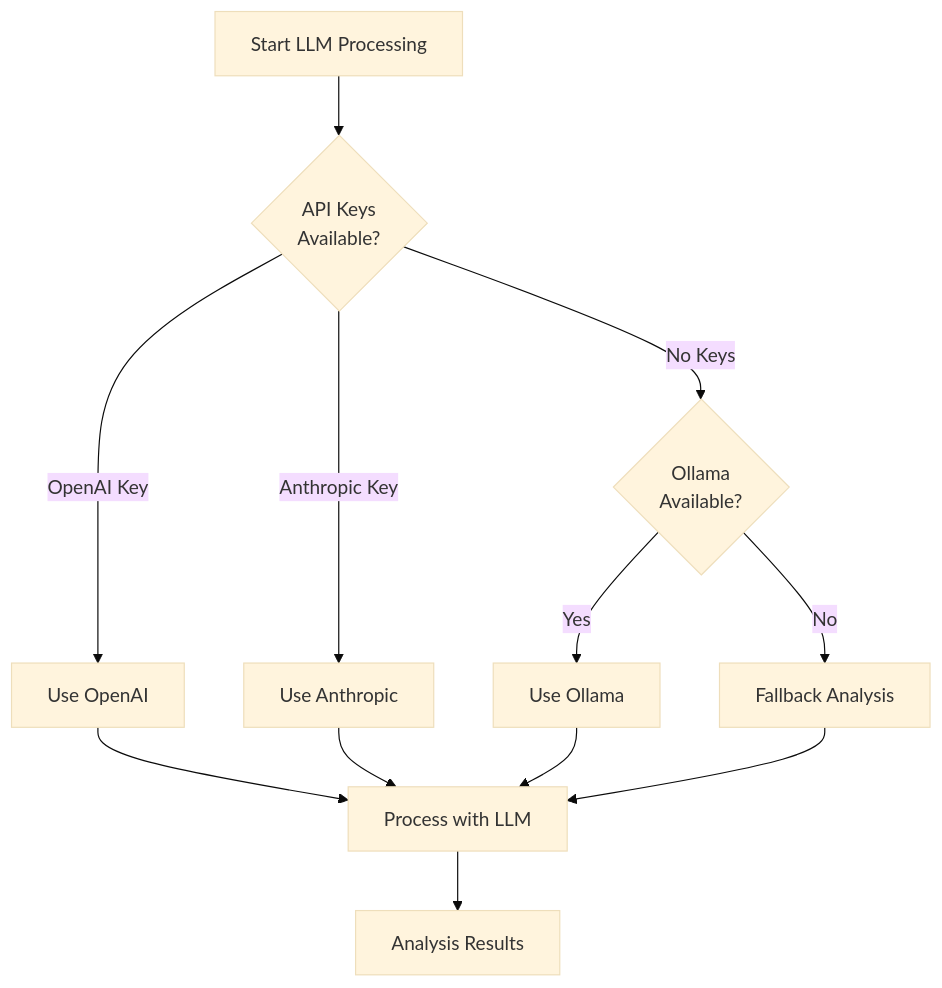
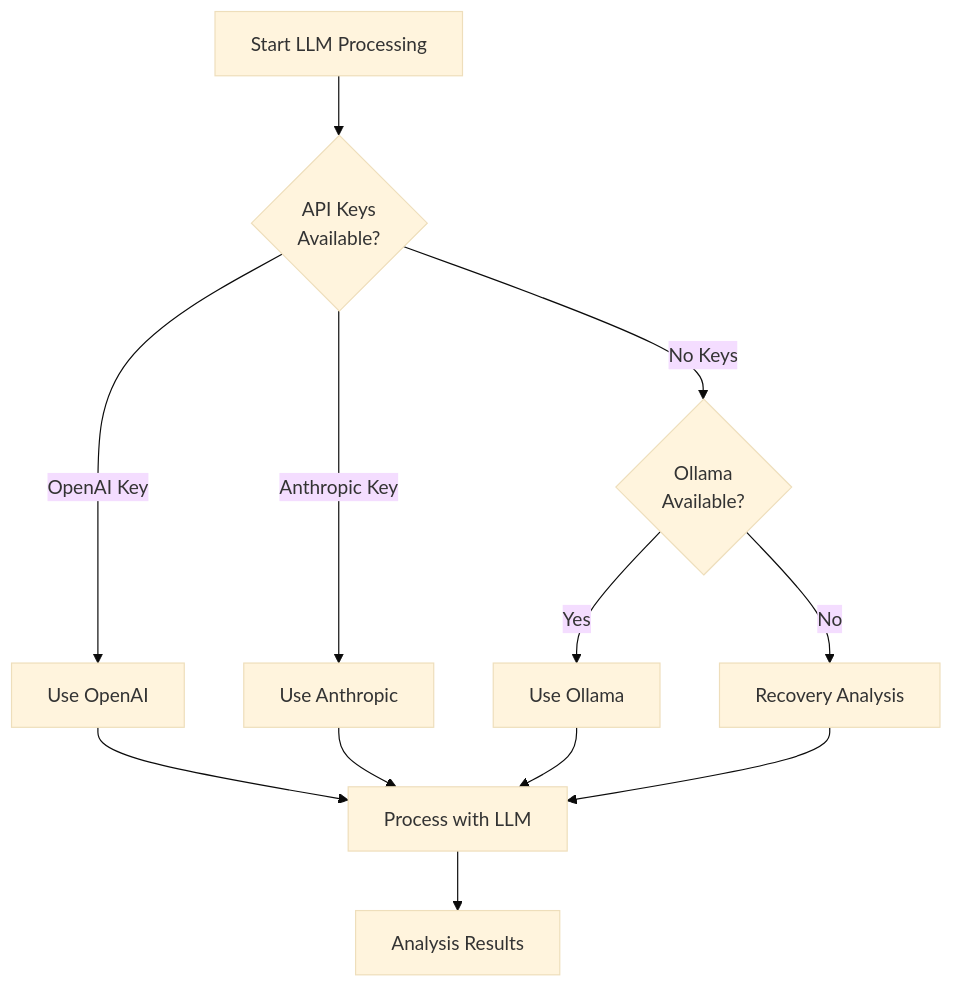
Before and after one commit to ActiveInferenceInstitute/GeneralizedNotationNotation: the second of 4 diagrams in src/llm/README.md, drawn with Mermaid (base theme). The commit also changed other lines of this file and 1183 other files, not shown here.

````diff
--- a/src/llm/README.md
+++ b/src/llm/README.md
@@ -80,18 +80,18 @@
 ```mermaid
 flowchart TD
     Start[Start LLM Processing] --> CheckKeys{API Keys<br/>Available?}
     
     CheckKeys -->|OpenAI Key| UseOpenAI[Use OpenAI]
     CheckKeys -->|Anthropic Key| UseAnthropic[Use Anthropic]
     CheckKeys -->|No Keys| CheckOllama{Ollama<br/>Available?}
     
     CheckOllama -->|Yes| UseOllama[Use Ollama]
-    CheckOllama -->|No| Fallback[Fallback Analysis]
+    CheckOllama -->|No| Recovery[Recovery Analysis]
     
     UseOpenAI --> Process[Process with LLM]
     UseAnthropic --> Process
     UseOllama --> Process
-    Fallback --> Process
+    Recovery --> Process
     
     Process --> Results[Analysis Results]
 ```
````
